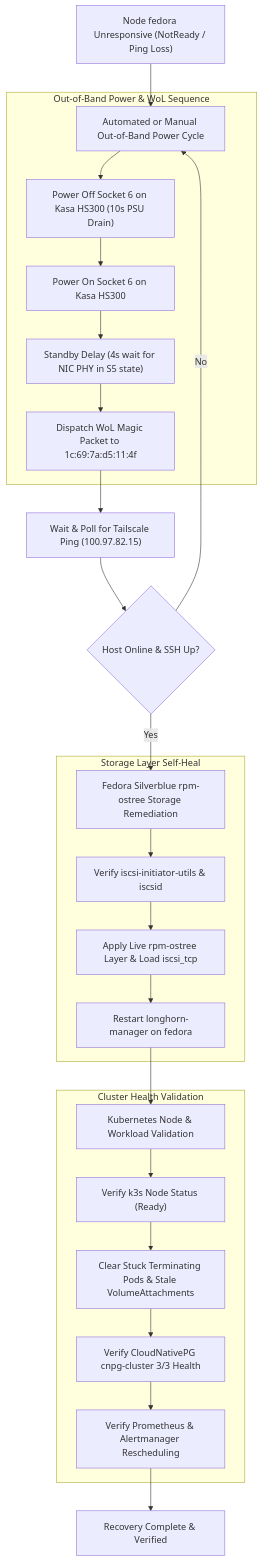
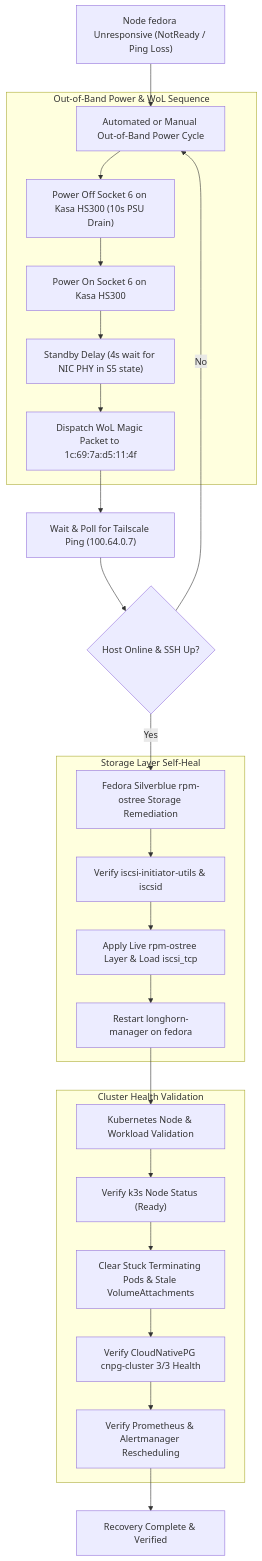
One commit to VitruvianSoftware/vitruvian-core changed the diagram in docs/operations/fedora-node-recovery-runbook.md. Above: the diagram before and after it, drawn with Mermaid. The commit also changed other lines of this file, not shown here.

````diff
--- a/docs/operations/fedora-node-recovery-runbook.md
+++ b/docs/operations/fedora-node-recovery-runbook.md
@@ -40,33 +41,33 @@
 ```mermaid
 flowchart TD
     A["Node fedora Unresponsive (NotReady / Ping Loss)"] --> B["Automated or Manual Out-of-Band Power Cycle"]
     
     subgraph OutOfBandRecovery["Out-of-Band Power & WoL Sequence"]
         B --> C["Power Off Socket 6 on Kasa HS300 (10s PSU Drain)"]
         C --> D["Power On Socket 6 on Kasa HS300"]
         D --> E["Standby Delay (4s wait for NIC PHY in S5 state)"]
         E --> F["Dispatch WoL Magic Packet to 1c:69:7a:d5:11:4f"]
     end
 
-    F --> G["Wait & Poll for Tailscale Ping (100.97.82.15)"]
+    F --> G["Wait & Poll for Tailscale Ping (100.64.0.7)"]
     G --> H{"Host Online & SSH Up?"}
     H -- No --> B
     H -- Yes --> I["Fedora Silverblue rpm-ostree Storage Remediation"]
 
     subgraph StorageDaemonRemediation["Storage Layer Self-Heal"]
         I --> J["Verify iscsi-initiator-utils & iscsid"]
         J --> K["Apply Live rpm-ostree Layer & Load iscsi_tcp"]
         K --> L["Restart longhorn-manager on fedora"]
     end
 
     L --> M["Kubernetes Node & Workload Validation"]
 
     subgraph ClusterValidation["Cluster Health Validation"]
         M --> N["Verify k3s Node Status (Ready)"]
         N --> O["Clear Stuck Terminating Pods & Stale VolumeAttachments"]
         O --> P["Verify CloudNativePG cnpg-cluster 3/3 Health"]
         P --> Q["Verify Prometheus & Alertmanager Rescheduling"]
     end
 
     Q --> R["Recovery Complete & Verified"]
 ```
````
